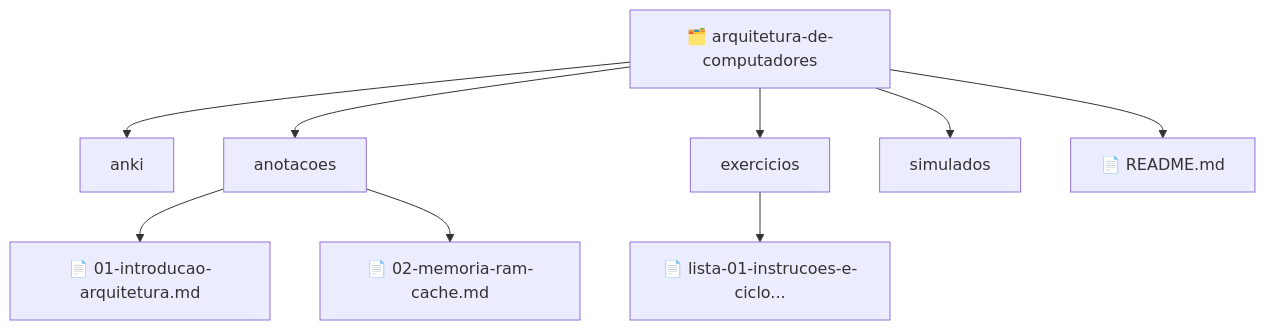
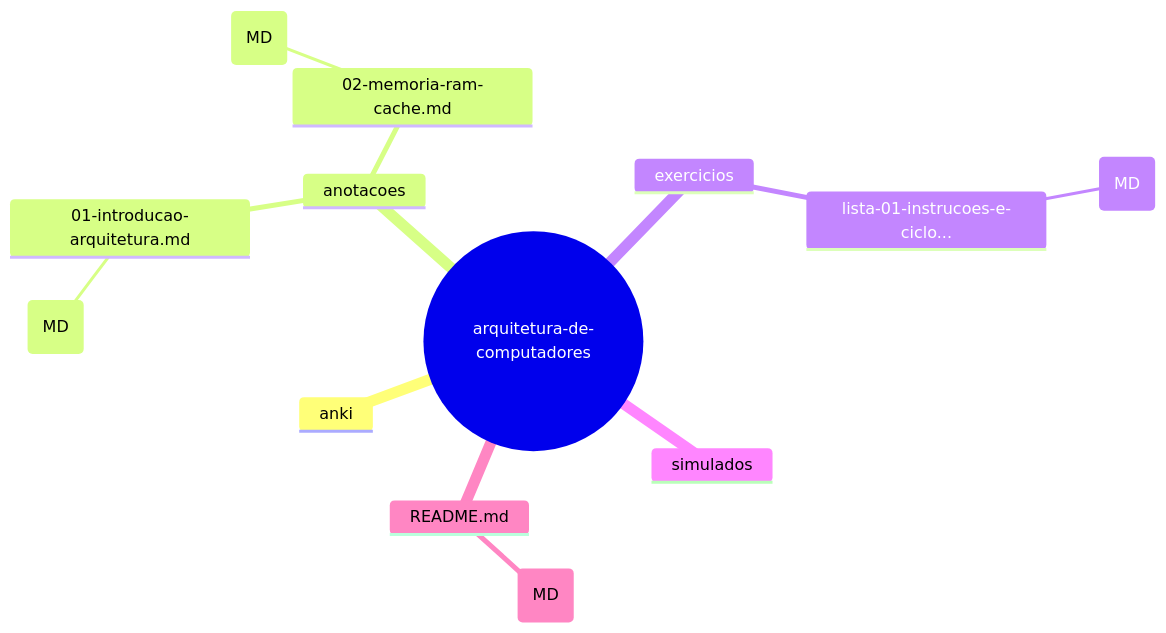
The diagram in 2025-2-Semestre/arquitetura-de-computadores/MAPA_MENTAL.md (jean-nathan/jornada-eng-software), drawn with Mermaid before and after one commit. The commit also changed other lines of this file and 6 other files, not shown here.

Commit message:
003 - Fix GitHub Mermaid mindmap rendering with flowchart syntax v2

````diff
--- a/2025-2-Semestre/arquitetura-de-computadores/MAPA_MENTAL.md
+++ b/2025-2-Semestre/arquitetura-de-computadores/MAPA_MENTAL.md
@@ -7,20 +7,16 @@
 ```mermaid
-flowchart TD
-  root[🗂️ arquitetura-de-computadores]
-  root_anki_0[anki]
-  root_anotacoes_1[anotacoes]
-  root_anotacoes_1_01-introducao-arquitetura.md_0[📄 01-introducao-arquitetura.md]
-  root_anotacoes_1_02-memoria-ram-cache.md_1[📄 02-memoria-ram-cache.md]
-  root_exercicios_2[exercicios]
-  root_exercicios_2_lista-01-instrucoes-e-ciclo..._0[📄 lista-01-instrucoes-e-ciclo...]
-  root_simulados_3[simulados]
-  root_README.md_4[📄 README.md]
-  root --> root_anki_0
-  root --> root_anotacoes_1
-  root_anotacoes_1 --> root_anotacoes_1_01-introducao-arquitetura.md_0
-  root_anotacoes_1 --> root_anotacoes_1_02-memoria-ram-cache.md_1
-  root --> root_exercicios_2
-  root_exercicios_2 --> root_exercicios_2_lista-01-instrucoes-e-ciclo..._0
-  root --> root_simulados_3
-  root --> root_README.md_4
+mindmap
+  root((arquitetura-de-computadores))
+    anki
+    anotacoes
+      01-introducao-arquitetura.md
+        (MD)
+      02-memoria-ram-cache.md
+        (MD)
+    exercicios
+      lista-01-instrucoes-e-ciclo...
+        (MD)
+    simulados
+    README.md
+      (MD)
 ```
````
